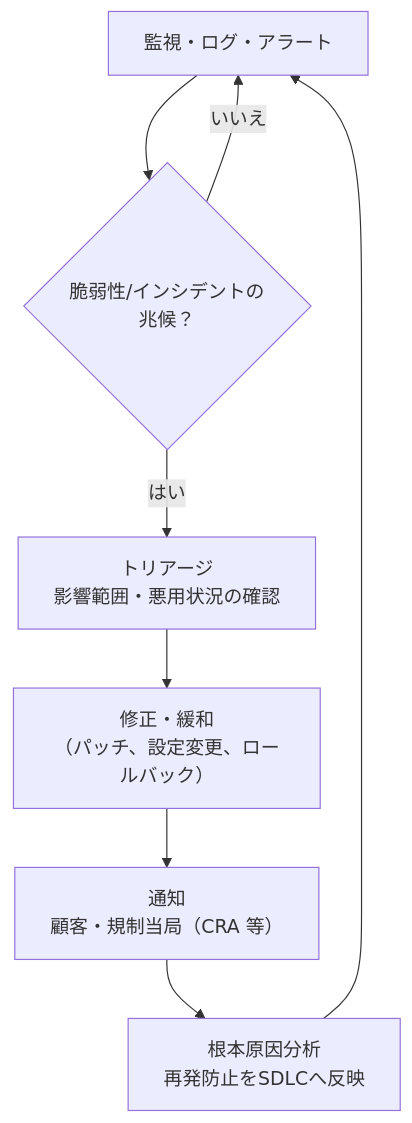
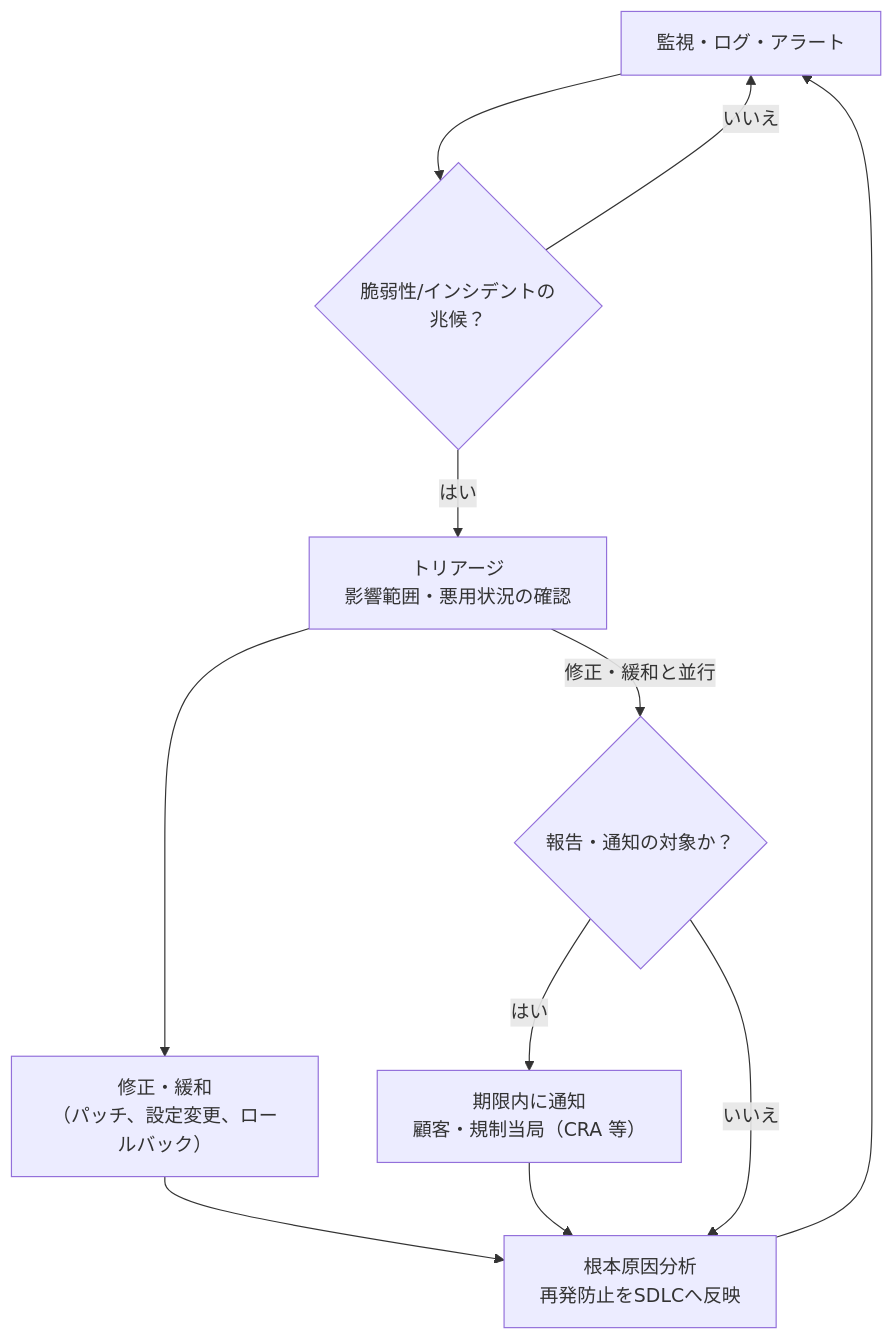
Before and after one commit to myoshi2891/Security_Studies: the fifth of 11 diagrams in Software-security-complete-guide-2026-11.md, drawn with Mermaid. The commit also changed other lines of this file, not shown here.

Commit message:
docs(software-security): clarify CRA reporting deadlines, NIST IR 8547 PQC timeline, and phishing-resistant MFA

````diff
--- a/Software-security-complete-guide-2026-11.md
+++ b/Software-security-complete-guide-2026-11.md
@@ -240,10 +240,13 @@
 ```mermaid
 flowchart TD
     M["監視・ログ・アラート"] --> V{"脆弱性/インシデントの<br/>兆候？"}
     V -- "いいえ" --> M
     V -- "はい" --> TR["トリアージ<br/>影響範囲・悪用状況の確認"]
     TR --> FX["修正・緩和<br/>（パッチ、設定変更、ロールバック）"]
-    FX --> NT["通知<br/>顧客・規制当局（CRA 等）"]
+    TR -- "修正・緩和と並行" --> RP{"報告・通知の対象か？"}
+    RP -- "はい" --> NT["期限内に通知<br/>顧客・規制当局（CRA 等）"]
+    RP -- "いいえ" --> RC
+    FX --> RC
     NT --> RC["根本原因分析<br/>再発防止をSDLCへ反映"]
     RC --> M
 ```
````
